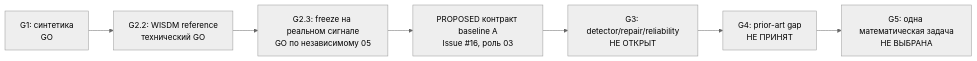
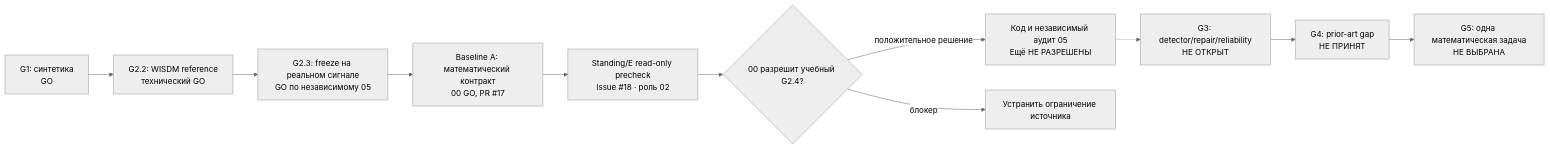
Before and after one commit to kr13t1/ts-reliability-lab: the diagram in ROADMAP.md, drawn with Mermaid (neutral theme).

Commit message:
docs(roadmap): fix Mermaid to show accepted math baseline and Standing precheck gate

````diff
--- a/ROADMAP.md
+++ b/ROADMAP.md
@@ -18,9 +18,13 @@
 ```mermaid
 flowchart LR
   A["G1: синтетика\nGO"] --> B["G2.2: WISDM reference\nтехнический GO"]
   B --> C["G2.3: freeze на реальном сигнале\nGO по независимому 05"]
-  C --> G["PROPOSED контракт baseline A\nIssue #16, роль 03"]
-  G --> H["G3: detector/repair/reliability\nНЕ ОТКРЫТ"]
+  C --> G["Baseline A: математический контракт\n00 GO, PR #17"]
+  G --> R["Standing/E read-only precheck\nIssue #18 · роль 02"]
+  R --> P{"00 разрешит учебный G2.4?"}
+  P -->|положительное решение| T["Код и независимый аудит 05\nЕщё НЕ РАЗРЕШЕНЫ"]
+  P -->|блокер| X["Устранить ограничение источника"]
+  T -.-> H["G3: detector/repair/reliability\nНЕ ОТКРЫТ"]
   H --> I["G4: prior-art gap\nНЕ ПРИНЯТ"]
   I --> J["G5: одна математическая задача\nНЕ ВЫБРАНА"]
 ```
````
